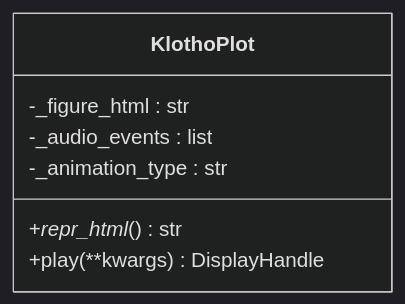
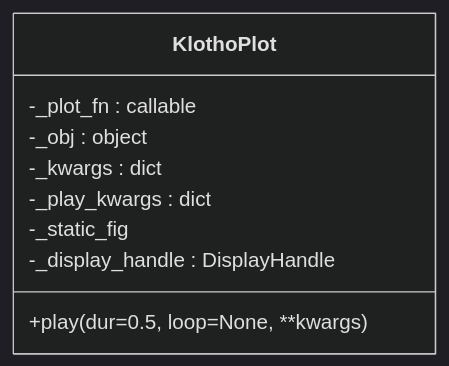
Before and after one commit to kr4g/Klotho: the second of 4 diagrams in docs/architecture/06_SEMEIOS.md, drawn with Mermaid (dark theme). The commit also changed other lines of this file and 13 other files, not shown here.

First line of the commit message:
Overhaul architecture docs for Klotho 10.x API

````diff
--- a/docs/architecture/06_SEMEIOS.md
+++ b/docs/architecture/06_SEMEIOS.md
@@ -114,10 +126,12 @@
 ```mermaid
 classDiagram
     class KlothoPlot {
-        -_figure_html : str
-        -_audio_events : list
-        -_animation_type : str
-        +_repr_html_() str
-        +play(**kwargs) DisplayHandle
+        -_plot_fn : callable
+        -_obj : object
+        -_kwargs : dict
+        -_play_kwargs : dict
+        -_static_fig
+        -_display_handle : DisplayHandle
+        +play(dur=0.5, loop=None, **kwargs)
     }
 ```
````
